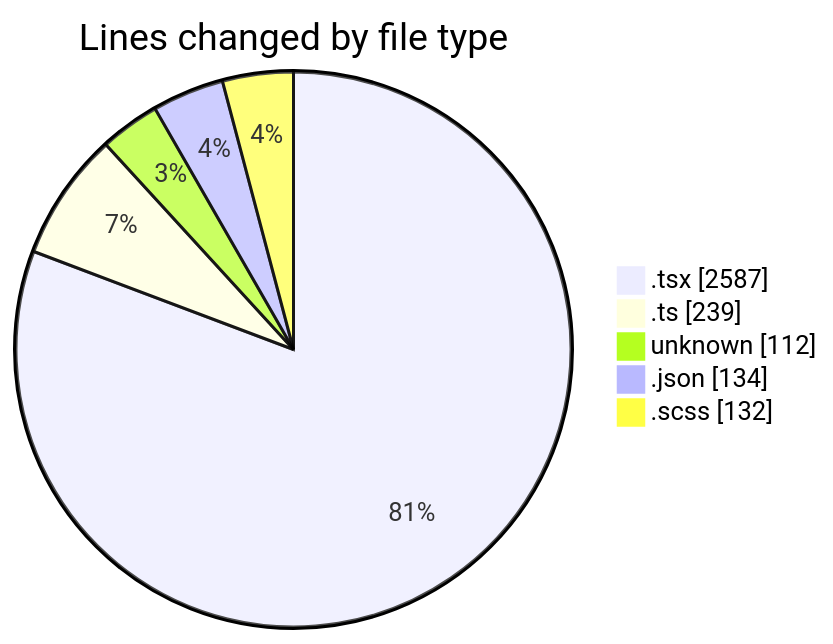
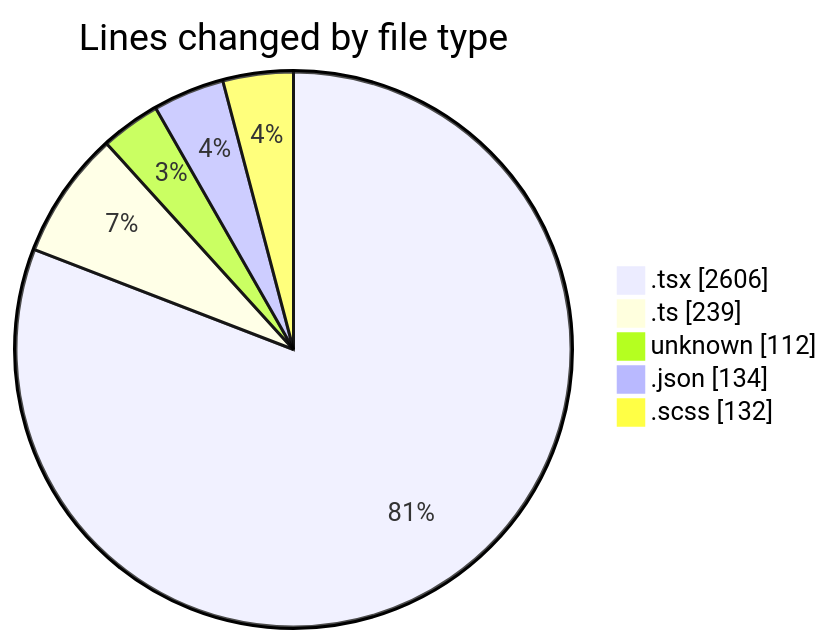
Before and after one commit to momahboobian/code-tracking: the first of 2 diagrams in 2026-04-28/cda/README.md, drawn with Mermaid. The commit also changed other lines of this file and 1 other file, not shown here.

````diff
--- a/2026-04-28/cda/README.md
+++ b/2026-04-28/cda/README.md
@@ -46,9 +46,9 @@
 ```mermaid
 pie showData
 title Lines changed by file type
-".tsx" : 2587
+".tsx" : 2606
 ".ts" : 239
 "unknown" : 112
 ".json" : 134
 ".scss" : 132
 ```
````
